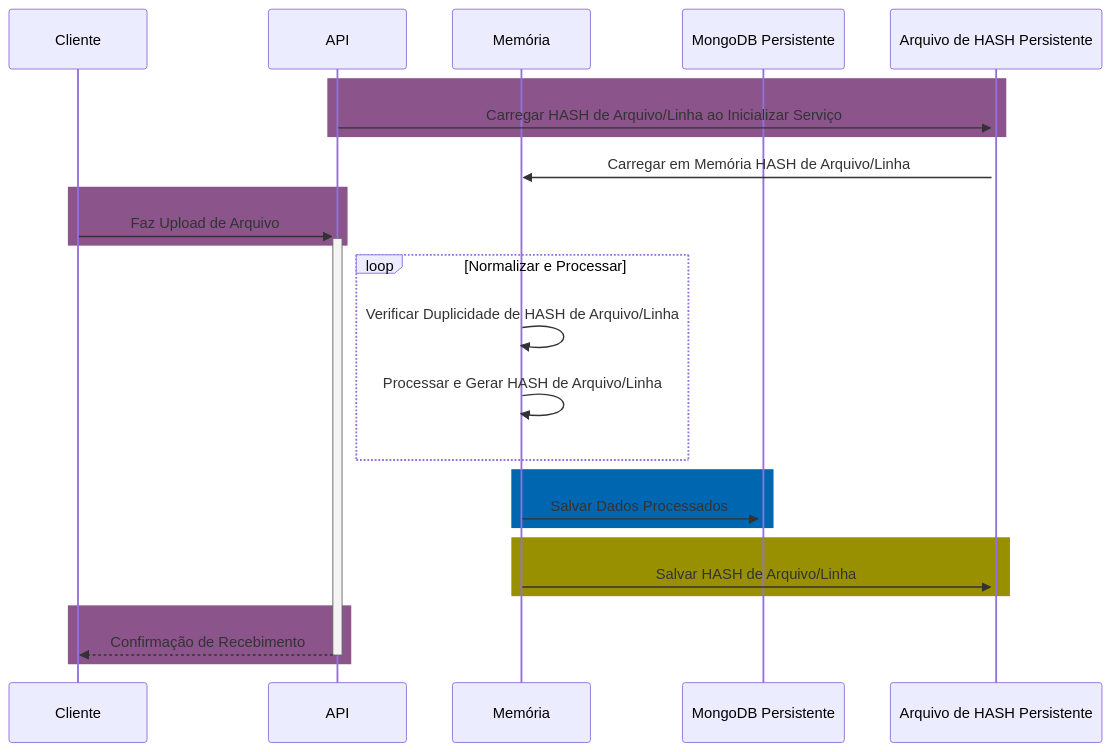
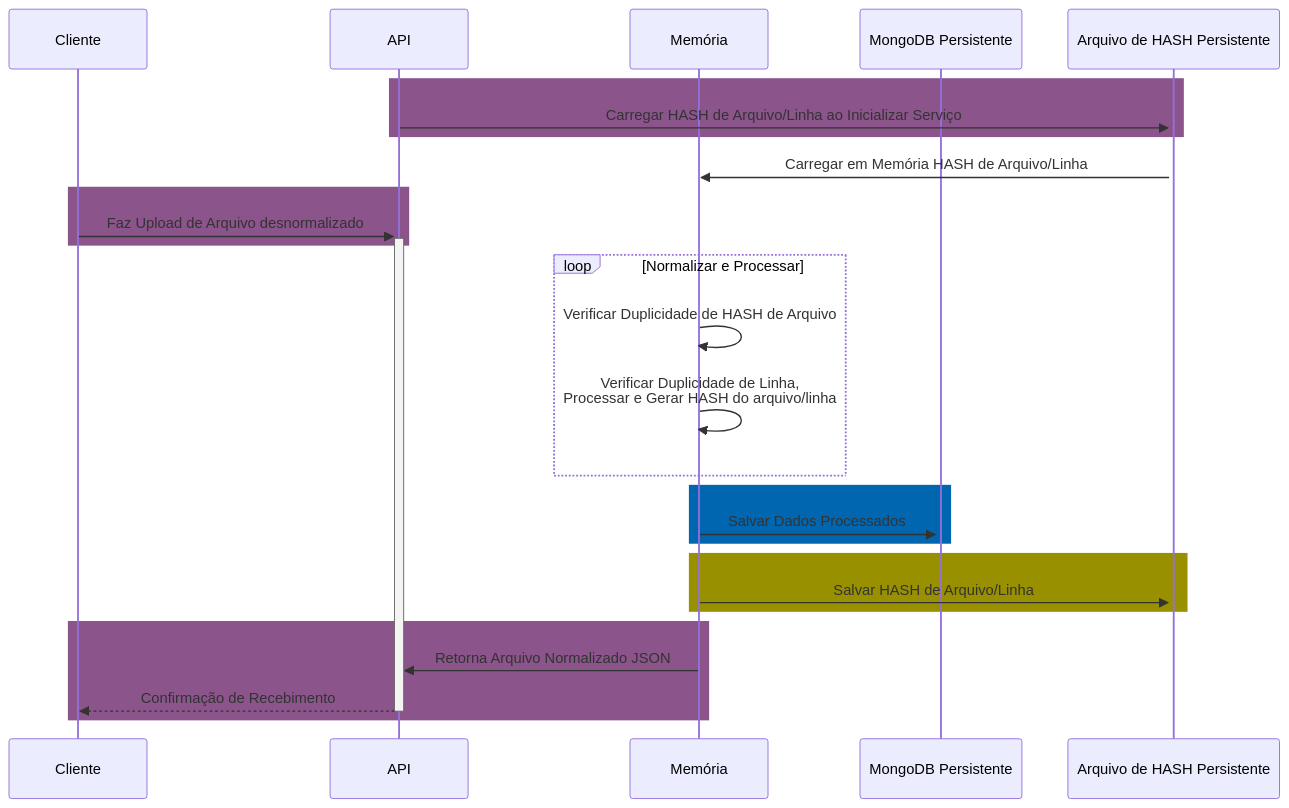
One commit to caputomarcos/luizalabs-logistics-challenge-order-api changed the first of 2 diagrams in README.md. Above: the diagram before and after it, drawn with Mermaid.

````diff
--- a/README.md
+++ b/README.md
@@ -20,29 +20,30 @@
 ```mermaid
 sequenceDiagram
     participant Cliente as Cliente
     participant API as API
     participant Memória as Memória
     participant MongoDB as MongoDB Persistente
     participant ArquivoHash as Arquivo de HASH Persistente
 
     rect rgb(139, 84, 139)
     API->>+ArquivoHash: Carregar HASH de Arquivo/Linha ao Inicializar Serviço
     end
     ArquivoHash->>Memória: Carregar em Memória HASH de Arquivo/Linha
     rect rgb(139, 84, 139)
-    Cliente->>+API: Faz Upload de Arquivo
+    Cliente->>+API: Faz Upload de Arquivo desnormalizado
     end
     loop Normalizar e Processar
-        Memória->>Memória: Verificar Duplicidade de HASH de Arquivo/Linha
-        Memória->>Memória: Processar e Gerar HASH de Arquivo/Linha
+        Memória->>Memória: Verificar Duplicidade de HASH de Arquivo
+        Memória->>Memória: Verificar Duplicidade de Linha,<br/>Processar e Gerar HASH do arquivo/linha
     end
     rect rgb(0, 102, 176)
     Memória->>+MongoDB: Salvar Dados Processados
     end
     rect rgb(153, 144, 0)
     Memória->>+ArquivoHash: Salvar HASH de Arquivo/Linha
     end
     rect rgb(139, 84, 139)
+    Memória->>API: Retorna Arquivo Normalizado JSON
     API-->>-Cliente: Confirmação de Recebimento
     end
 ```
````
